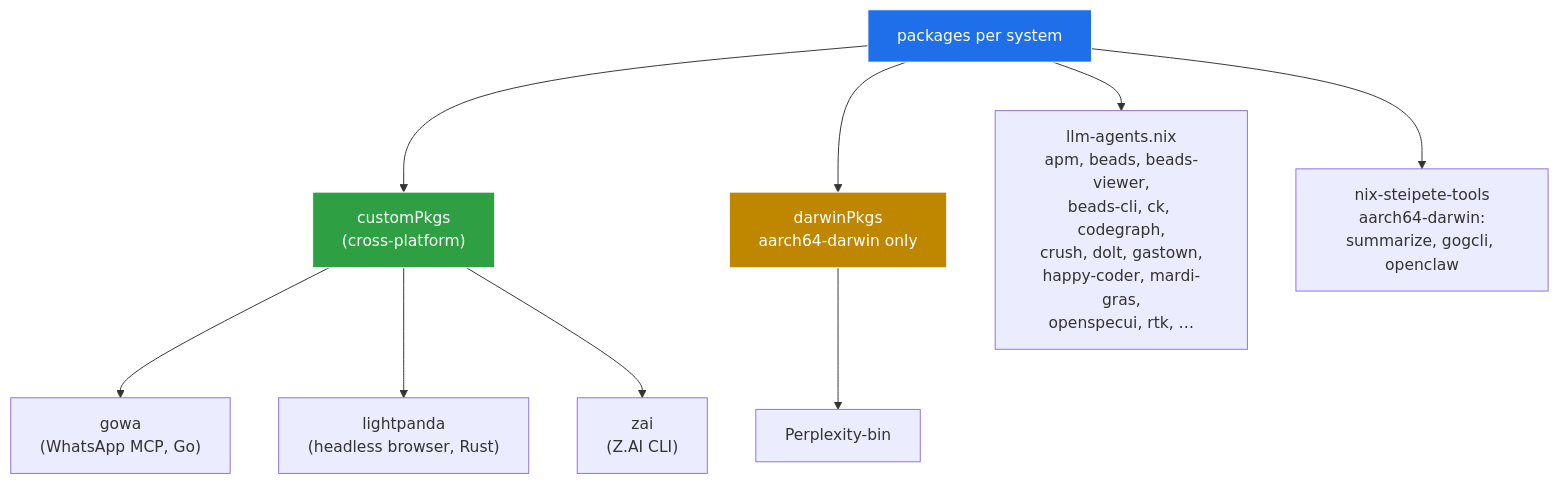
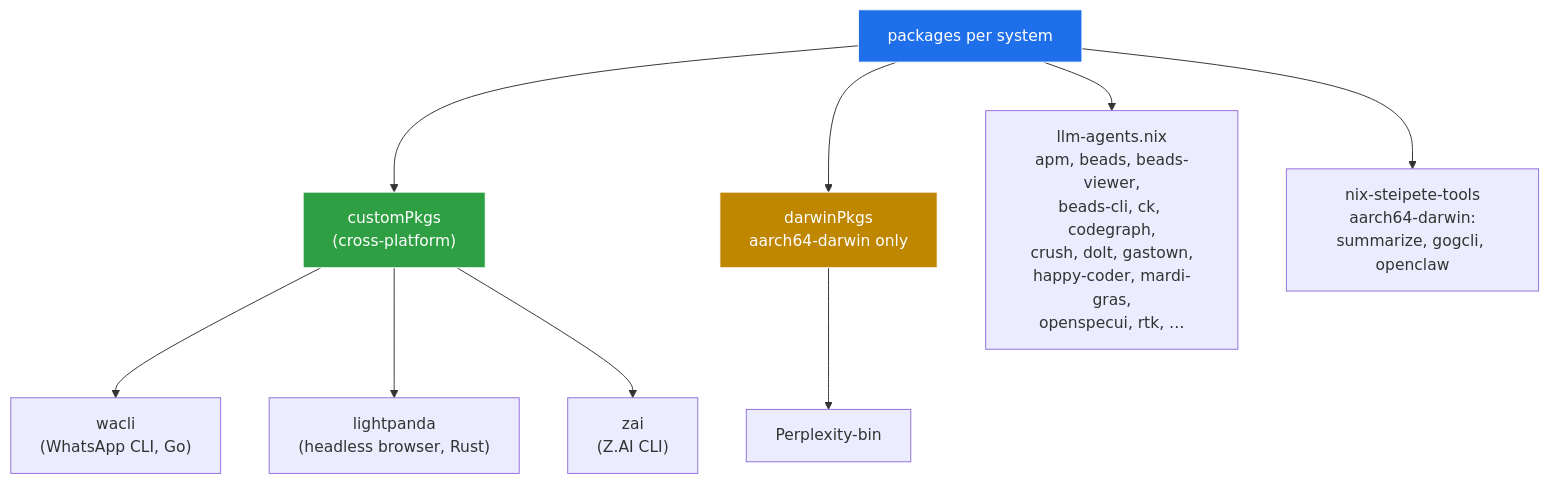
One commit to DivitMittal/ai-nixCfg changed the sixth of 7 diagrams in README.md. Above: the diagram before and after it, drawn with Mermaid. The commit also changed other lines of this file and 12 other files, not shown here.

First line of the commit message:
feat(messaging): add messaging tools and replace gowa with wacli

````diff
--- a/README.md
+++ b/README.md
@@ -720,17 +720,17 @@
 ```mermaid
 graph TD
     P["packages per system"] --> Cust["customPkgs<br/>(cross-platform)"]
     P --> Darw["darwinPkgs<br/>aarch64-darwin only"]
     P --> Llm["llm-agents.nix<br/>apm, beads, beads-viewer,<br/>beads-cli, ck, codegraph,<br/>crush, dolt, gastown,<br/>happy-coder, mardi-gras,<br/>openspecui, rtk, …"]
     P --> Stp["nix-steipete-tools<br/>aarch64-darwin:<br/>summarize, gogcli, openclaw"]
 
-    Cust --> Gowa["gowa<br/>(WhatsApp MCP, Go)"]
+    Cust --> Wacli["wacli<br/>(WhatsApp CLI, Go)"]
     Cust --> Panda["lightpanda<br/>(headless browser, Rust)"]
     Cust --> Zai["zai<br/>(Z.AI CLI)"]
 
     Darw --> Perp["Perplexity-bin"]
 
     style P fill:#1f6feb,stroke:#fff,color:#fff
     style Cust fill:#2ea043,stroke:#fff,color:#fff
     style Darw fill:#bf8700,stroke:#fff,color:#fff
 ```
````
